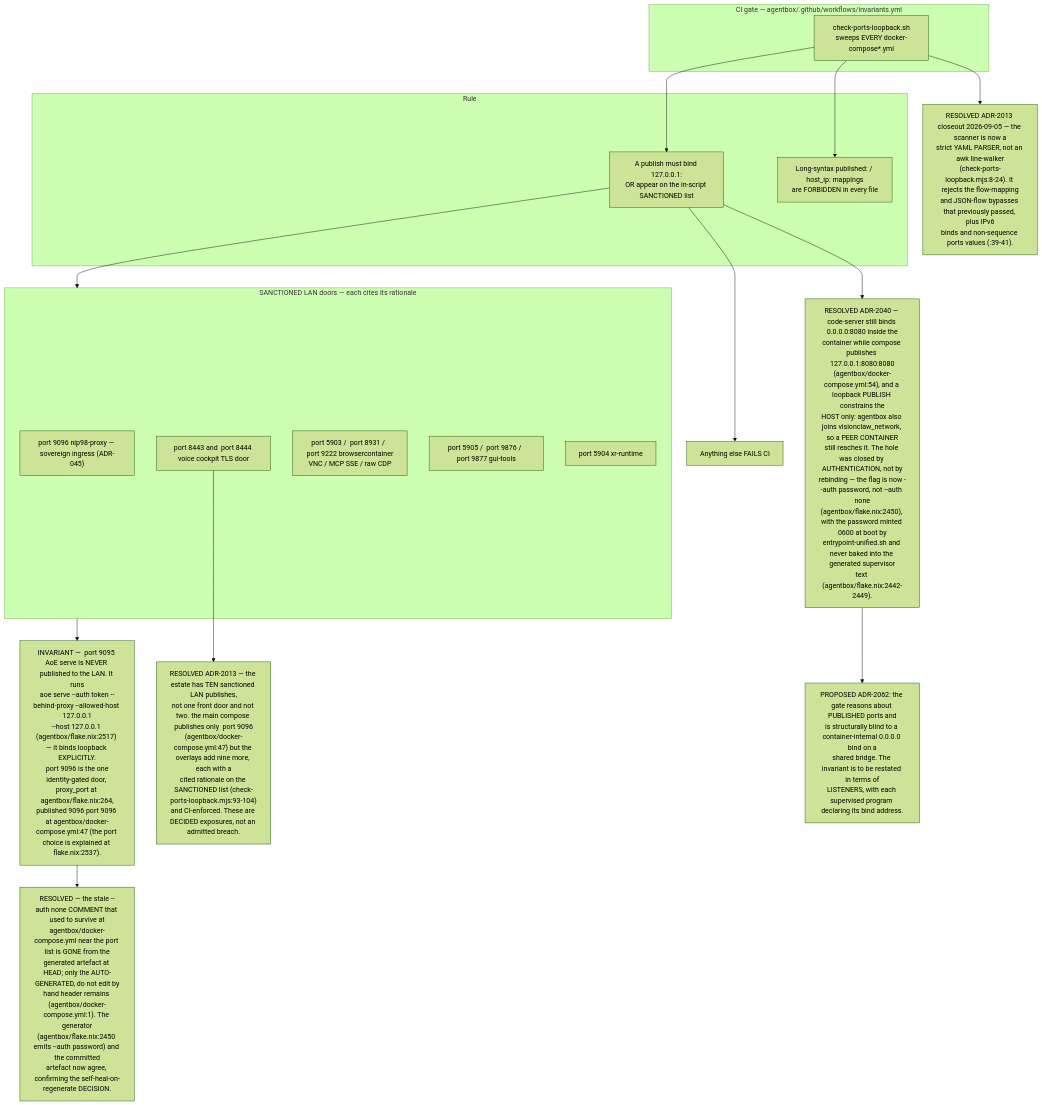
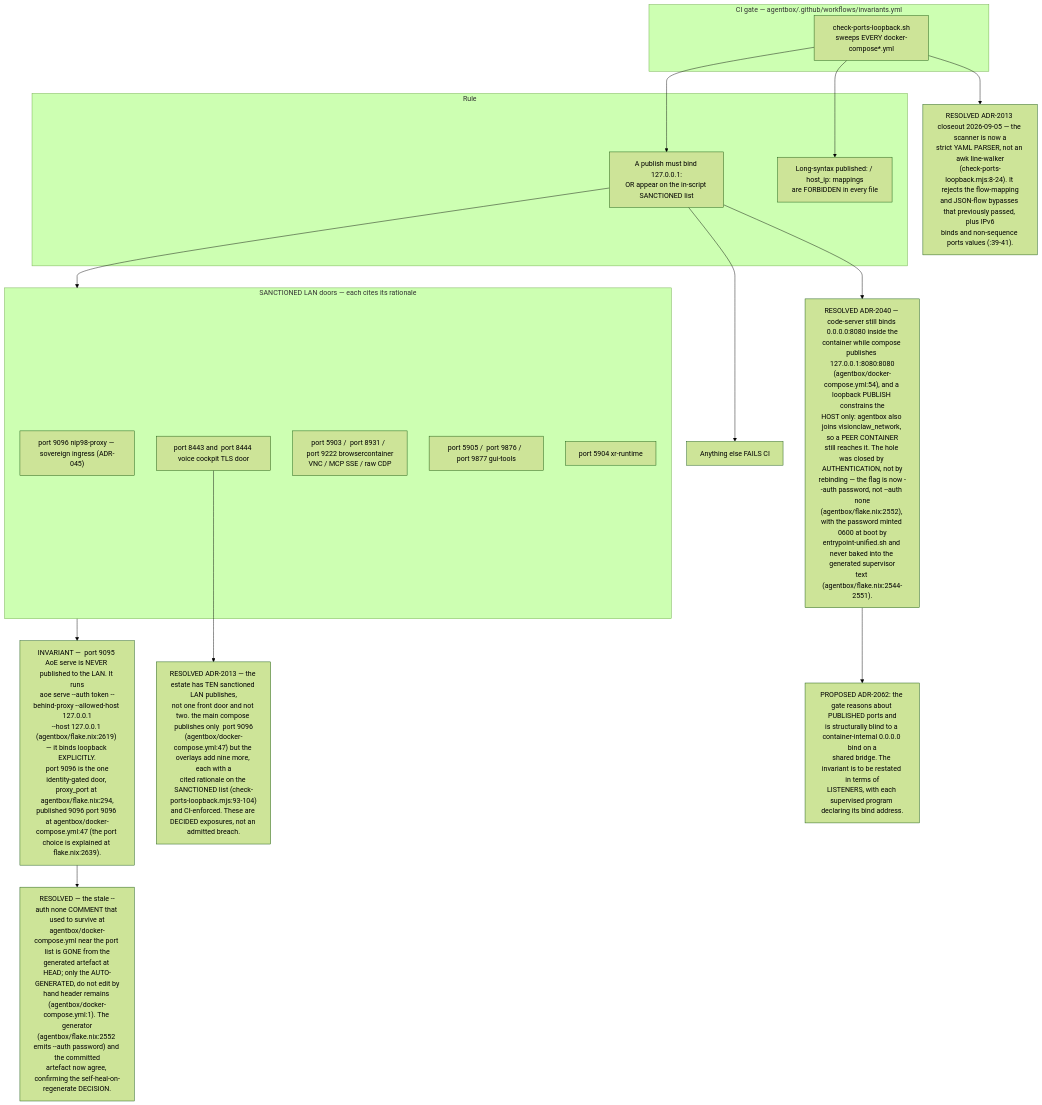
The eighth of 11 diagrams in docs/diagrams/estate/10-deployment-and-security-profiles.md (DreamLab-AI/VisionFlow), drawn with Mermaid (forest theme) before and after one commit. The commit also changed other lines of this file and 14 other files, not shown here.

First line of the commit message:
docs(diagrams): custody role isolation — new AB-36, re-stamp 11 topics at the custody integration head

````diff
--- a/docs/diagrams/estate/10-deployment-and-security-profiles.md
+++ b/docs/diagrams/estate/10-deployment-and-security-profiles.md
@@ -310,35 +319,35 @@
 ```mermaid
 flowchart TB
     subgraph ci["CI gate — agentbox/.github/workflows/invariants.yml"]
         SC["check-ports-loopback.sh<br/>sweeps EVERY docker-compose*.yml"]
     end
     subgraph rule["Rule"]
         R1["A publish must bind 127.0.0.1:<br/>OR appear on the in-script SANCTIONED list"]
         R2["Long-syntax published: / host_ip: mappings<br/>are FORBIDDEN in every file"]
     end
     subgraph sanctioned["SANCTIONED LAN doors — each cites its rationale"]
         P1[" port 9096 nip98-proxy — sovereign ingress (ADR-045)"]
         P2[" port 8443 and  port 8444 voice cockpit TLS door"]
         P3[" port 5903 /  port 8931 /  port 9222 browsercontainer<br/>VNC / MCP SSE / raw CDP"]
         P4[" port 5905 /  port 9876 /  port 9877 gui-tools"]
         P5[" port 5904 xr-runtime"]
     end
     FAIL["Anything else FAILS CI"]
-    INV["INVARIANT —  port 9095 AoE serve is NEVER published to the LAN. It runs<br/>aoe serve --auth token --behind-proxy --allowed-host 127.0.0.1<br/>--host 127.0.0.1 (agentbox/flake.nix:2517) — it binds loopback EXPLICITLY.<br/> port 9096 is the one identity-gated door, proxy_port at agentbox/flake.nix:264,<br/>published 9096 port 9096 at agentbox/docker-compose.yml:47 (the port choice is explained at flake.nix:2537)."]
+    INV["INVARIANT —  port 9095 AoE serve is NEVER published to the LAN. It runs<br/>aoe serve --auth token --behind-proxy --allowed-host 127.0.0.1<br/>--host 127.0.0.1 (agentbox/flake.nix:2619) — it binds loopback EXPLICITLY.<br/> port 9096 is the one identity-gated door, proxy_port at agentbox/flake.nix:294,<br/>published 9096 port 9096 at agentbox/docker-compose.yml:47 (the port choice is explained at flake.nix:2639)."]
     D1["RESOLVED ADR-2013 — the estate has TEN sanctioned LAN publishes,<br/>not one front door and not two. the main compose publishes only  port 9096<br/>(agentbox/docker-compose.yml:47) but the overlays add nine more, each with a<br/>cited rationale on the SANCTIONED list (check-ports-loopback.mjs:93-104)<br/>and CI-enforced. These are DECIDED exposures, not an admitted breach."]
     D2["RESOLVED ADR-2013 closeout 2026-09-05 — the scanner is now a<br/>strict YAML PARSER, not an awk line-walker<br/>(check-ports-loopback.mjs:8-24). It rejects the flow-mapping<br/>and JSON-flow bypasses that previously passed, plus IPv6<br/>binds and non-sequence ports values (:39-41)."]
-    D3["RESOLVED ADR-2040 — code-server still binds 0.0.0.0:8080 inside the<br/>container while compose publishes 127.0.0.1:8080:8080<br/>(agentbox/docker-compose.yml:54), and a loopback PUBLISH constrains the<br/>HOST only: agentbox also joins visionclaw_network, so a PEER CONTAINER<br/>still reaches it. The hole was closed by AUTHENTICATION, not by<br/>rebinding — the flag is now --auth password, not --auth none<br/>(agentbox/flake.nix:2450), with the password minted 0600 at boot by<br/>entrypoint-unified.sh and never baked into the generated supervisor<br/>text (agentbox/flake.nix:2442-2449)."]
+    D3["RESOLVED ADR-2040 — code-server still binds 0.0.0.0:8080 inside the<br/>container while compose publishes 127.0.0.1:8080:8080<br/>(agentbox/docker-compose.yml:54), and a loopback PUBLISH constrains the<br/>HOST only: agentbox also joins visionclaw_network, so a PEER CONTAINER<br/>still reaches it. The hole was closed by AUTHENTICATION, not by<br/>rebinding — the flag is now --auth password, not --auth none<br/>(agentbox/flake.nix:2552), with the password minted 0600 at boot by<br/>entrypoint-unified.sh and never baked into the generated supervisor<br/>text (agentbox/flake.nix:2544-2551)."]
     D5["PROPOSED ADR-2062: the gate reasons about PUBLISHED ports and<br/>is structurally blind to a container-internal 0.0.0.0 bind on a<br/>shared bridge. The invariant is to be restated in terms of<br/>LISTENERS, with each supervised program declaring its bind address."]
-    D4["RESOLVED — the stale --auth none COMMENT that used to survive at<br/>agentbox/docker-compose.yml near the port list is GONE from the<br/>generated artefact at HEAD; only the AUTO-GENERATED, do not edit by<br/>hand header remains (agentbox/docker-compose.yml:1). The generator<br/>(agentbox/flake.nix:2450 emits --auth password) and the committed<br/>artefact now agree, confirming the self-heal-on-regenerate DECISION."]
+    D4["RESOLVED — the stale --auth none COMMENT that used to survive at<br/>agentbox/docker-compose.yml near the port list is GONE from the<br/>generated artefact at HEAD; only the AUTO-GENERATED, do not edit by<br/>hand header remains (agentbox/docker-compose.yml:1). The generator<br/>(agentbox/flake.nix:2552 emits --auth password) and the committed<br/>artefact now agree, confirming the self-heal-on-regenerate DECISION."]
 
     SC --> R1
     SC --> R2
     R1 --> sanctioned
     R1 --> FAIL
     sanctioned --> INV
     P2 --> D1
     SC --> D2
     R1 --> D3
     INV --> D4
     D3 --> D5
 ```
````
